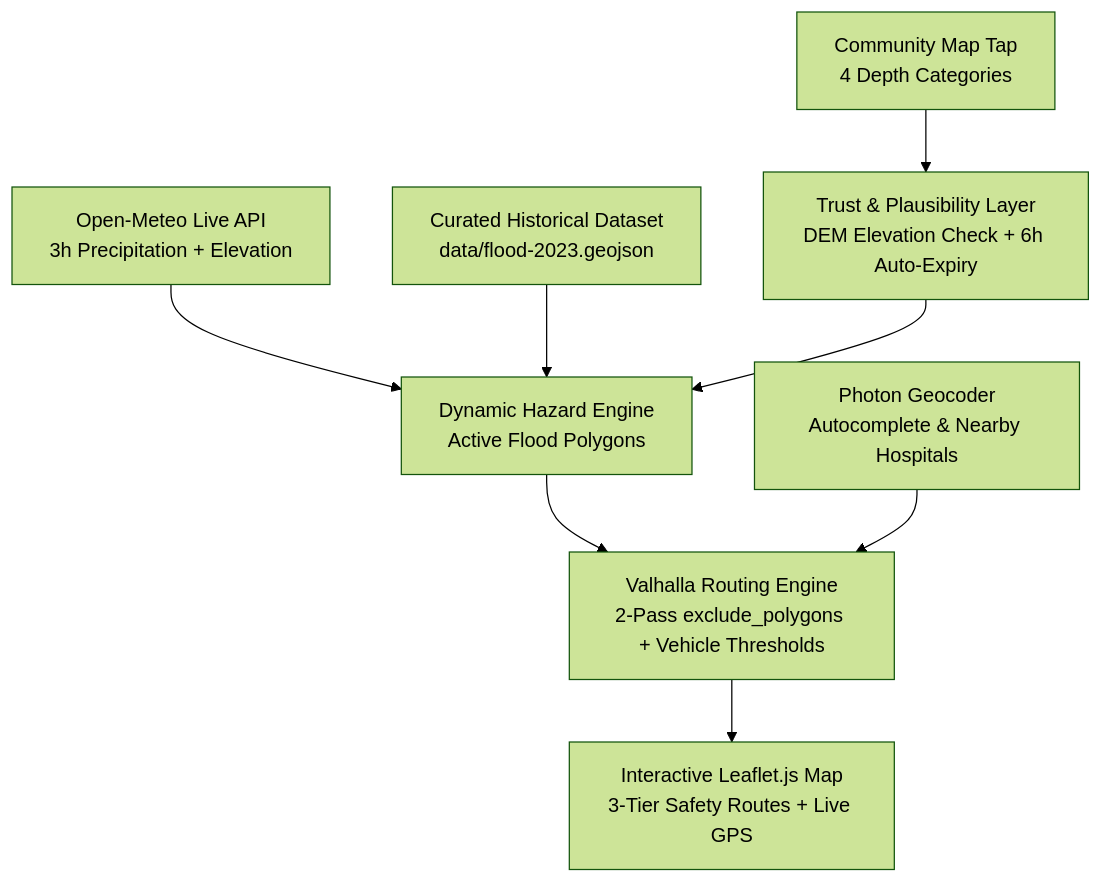
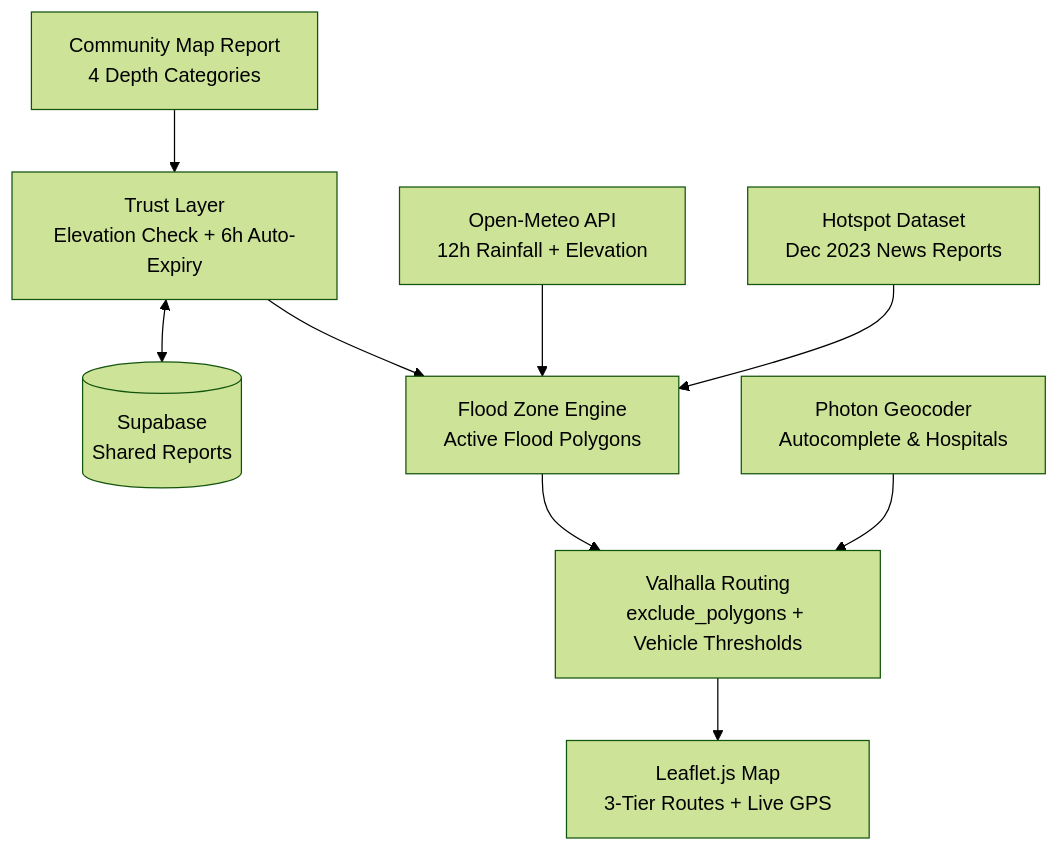
One commit to Vishnupriya280104/Flood-Safe-Road changed the diagram in README.md. Above: the diagram before and after it, drawn with Mermaid (forest theme). The commit also changed other lines of this file, not shown here.

````diff
--- a/README.md
+++ b/README.md
@@ -57,10 +51,11 @@
 ```mermaid
 flowchart TD
-    A[Community Map Tap<br/>4 Depth Categories] --> B[Trust & Plausibility Layer<br/>DEM Elevation Check + 6h Auto-Expiry]
-    C[Open-Meteo Live API<br/>3h Precipitation + Elevation] --> D[Dynamic Hazard Engine<br/>Active Flood Polygons]
-    E[Curated Historical Dataset<br/>data/flood-2023.geojson] --> D
+    A[Community Map Report<br/>4 Depth Categories] --> B[Trust Layer<br/>Elevation Check + 6h Auto-Expiry]
+    B <--> S[(Supabase<br/>Shared Reports)]
+    C[Open-Meteo API<br/>12h Rainfall + Elevation] --> D[Flood Zone Engine<br/>Active Flood Polygons]
+    E[Hotspot Dataset<br/>Dec 2023 News Reports] --> D
     B --> D
-    D --> F[Valhalla Routing Engine<br/>2-Pass exclude_polygons + Vehicle Thresholds]
-    G[Photon Geocoder<br/>Autocomplete & Nearby Hospitals] --> F
-    F --> H[Interactive Leaflet.js Map<br/>3-Tier Safety Routes + Live GPS]
+    D --> F[Valhalla Routing<br/>exclude_polygons + Vehicle Thresholds]
+    G[Photon Geocoder<br/>Autocomplete & Hospitals] --> F
+    F --> H[Leaflet.js Map<br/>3-Tier Routes + Live GPS]
 ```
````
